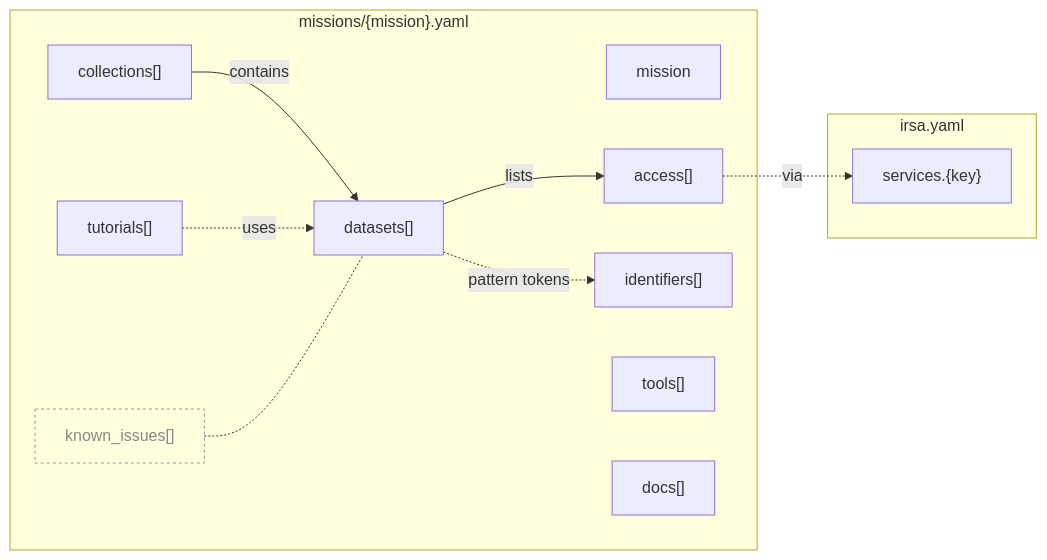
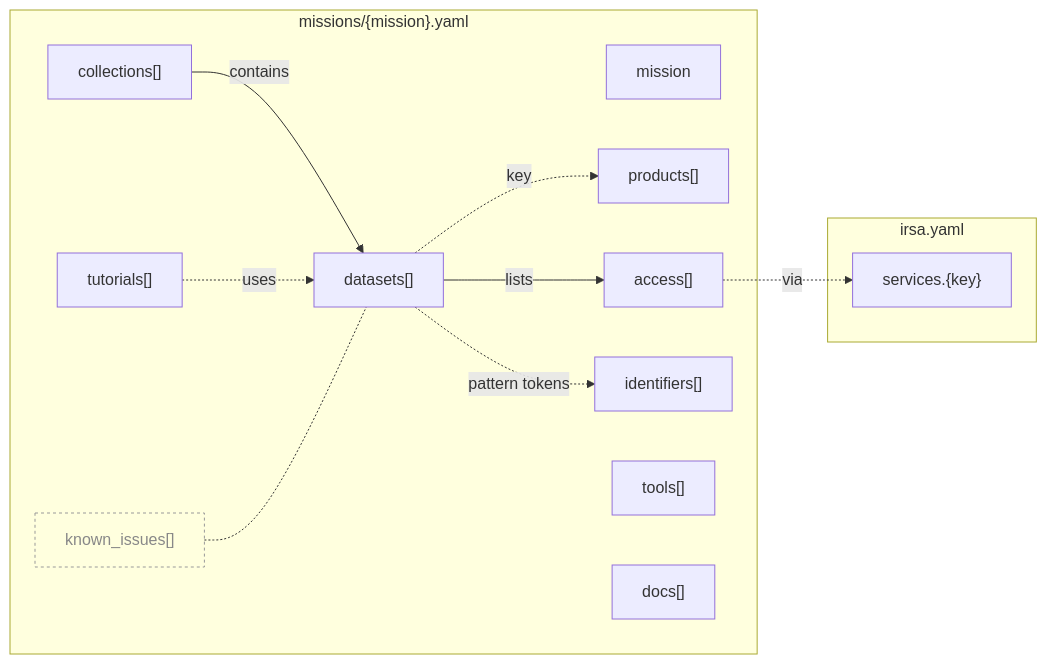
One commit to jaladh-singhal/irsa-knowledge-map changed the diagram in README.md. Above: the diagram before and after it, drawn with Mermaid. The commit also changed other lines of this file and 3 other files, not shown here.

````diff
--- a/README.md
+++ b/README.md
@@ -29,27 +64,29 @@
 ```mermaid
 flowchart LR
   subgraph MF["missions/{mission}.yaml"]
     mission
+    products["products[]"]
     collections["collections[]"]
     datasets["datasets[]"]
     access["access[]"]
     identifiers["identifiers[]"]
     tutorials["tutorials[]"]
     tools["tools[]"]
     docs["docs[]"]
     issues["known_issues[]"]
   end
   subgraph IF["irsa.yaml"]
     services["services.{key}"]
   end
 
   collections -->|contains| datasets
   datasets -->|lists| access
   access -.->|via| services
+  datasets -.->|key| products
   datasets -.->|pattern tokens| identifiers
   tutorials -.->|uses| datasets
   issues -.- datasets
 
   classDef side fill:none,stroke:#999,stroke-dasharray:3 3,color:#888
   class issues side
 ```
````
